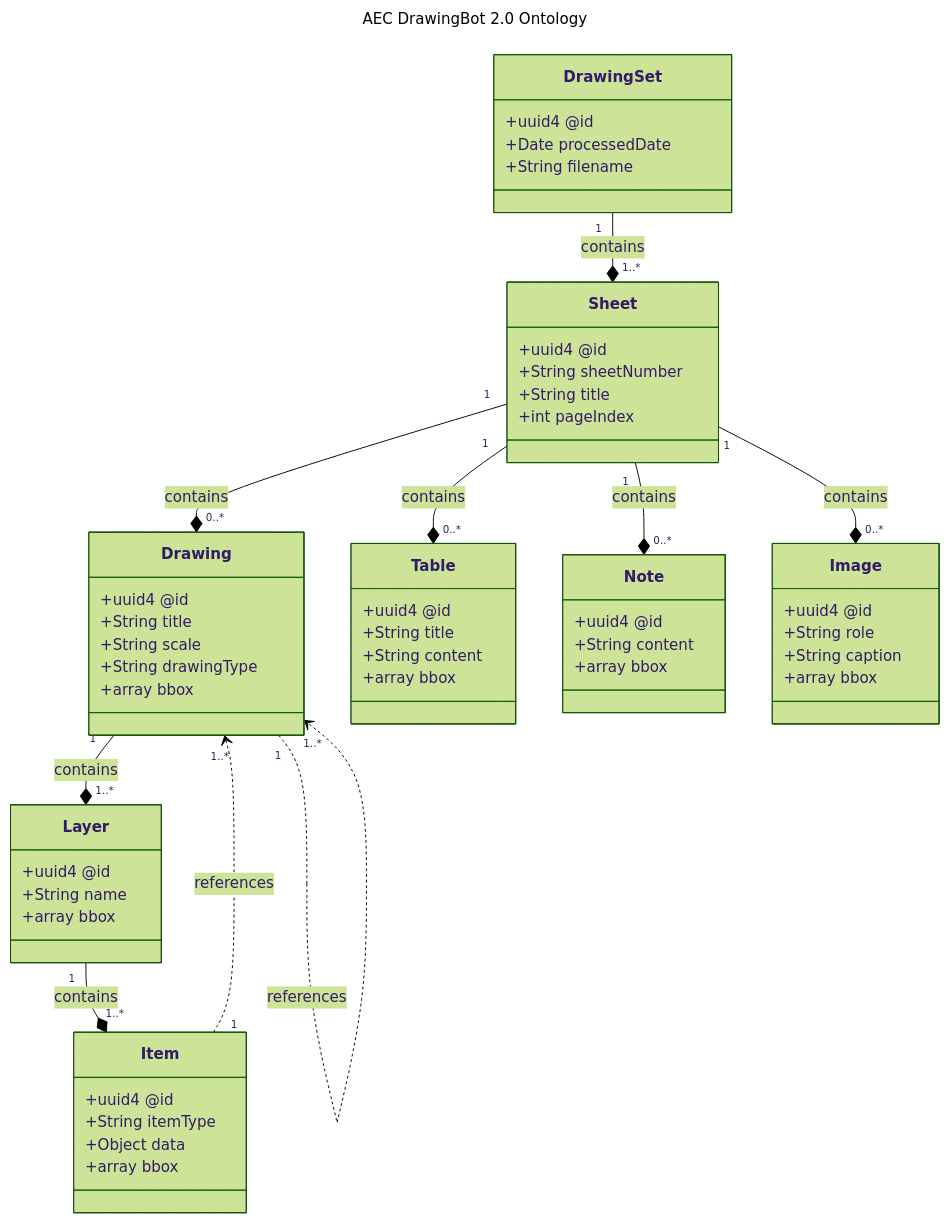
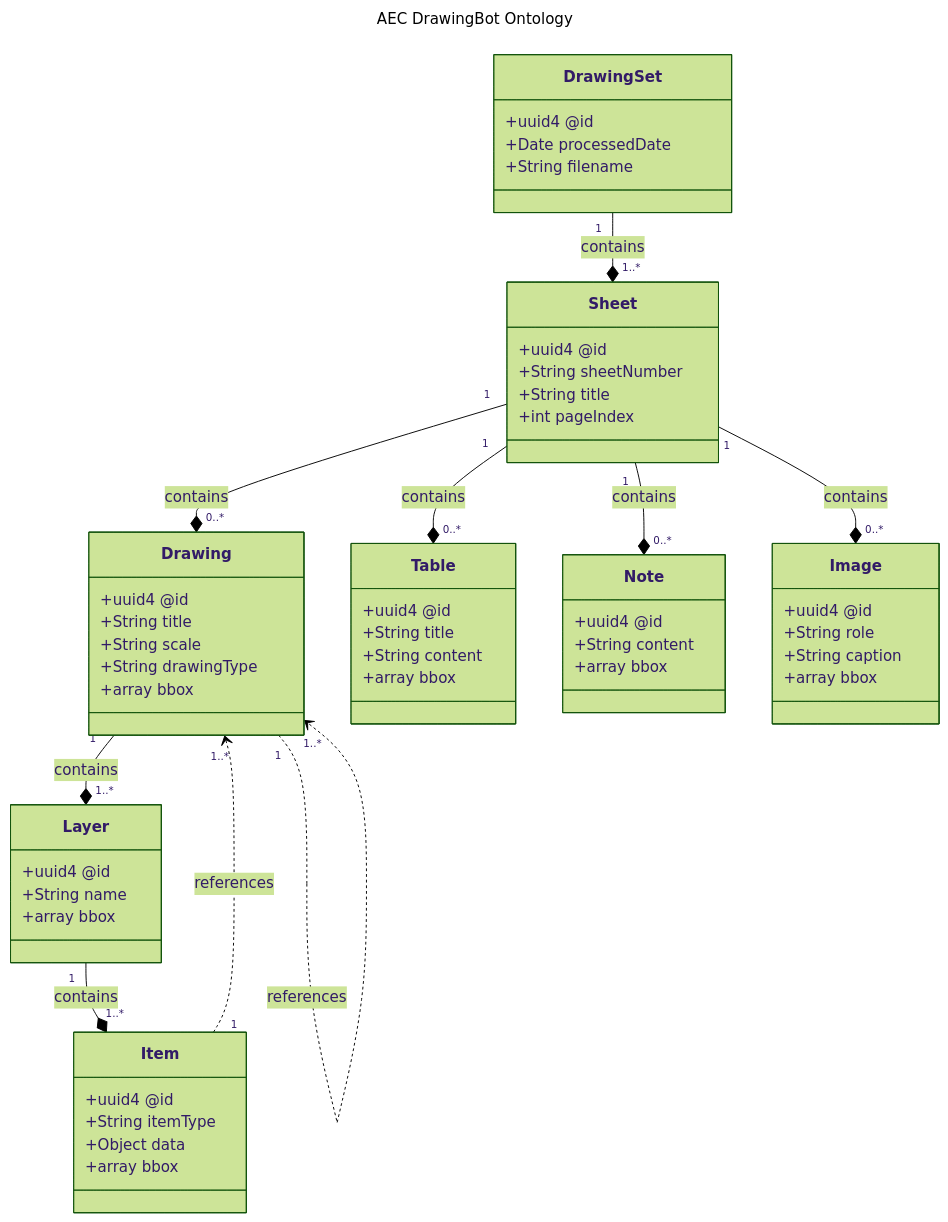
Before and after one commit to jeff-carmichael/aecdo: the diagram in ontology/v0.2.0/diagram.mmd, drawn with Mermaid (forest theme). The commit also changed 10 other files, not shown here.

```diff
--- a/ontology/v0.2.0/diagram.mmd
+++ b/ontology/v0.2.0/diagram.mmd
@@ -1,64 +1,64 @@
 ---
-title: AEC DrawingBot 2.0 Ontology
+title: AEC DrawingBot Ontology
 ---
 
 classDiagram
     class DrawingSet {
 		    +uuid4 @id
 		    +Date processedDate
 		    +String filename
     }
     class Sheet {
 		    +uuid4 @id
 		    +String sheetNumber
 		    +String title
 		    +int pageIndex
     }
     class Drawing {
 		    +uuid4 @id
 		    +String title
 		    +String scale
 		    +String drawingType
 		    +array bbox
     }
     class Layer {
 		    +uuid4 @id
 		    +String name
 		    +array bbox
     }
     class Item {
 		    +uuid4 @id
 		    +String itemType
 		    +Object data
 		    +array bbox
     }
     class Table {
 		    +uuid4 @id
 		    +String title
 		    +String content
 		    +array bbox
     }
     class Note {
 		    +uuid4 @id
 		    +String content
 		    +array bbox
     }
     class Image {
 		    +uuid4 @id
 		    +String role
 		    +String caption
 		    +array bbox
     }
 
 		%% Structure Relationships
     DrawingSet "1" --* "1..*" Sheet : contains
     Sheet "1" --* "0..*" Drawing : contains
     Sheet "1" --* "0..*" Table : contains
     Sheet "1" --* "0..*" Note : contains
     Sheet "1" --* "0..*" Image : contains
     Drawing "1" --* "1..*" Layer : contains
     Layer "1" --* "1..*" Item : contains
 
     %% The Reference Relationships
     Drawing "1" ..> "1..*" Drawing : references
     Item "1" ..> "1..*" Drawing : references
```
